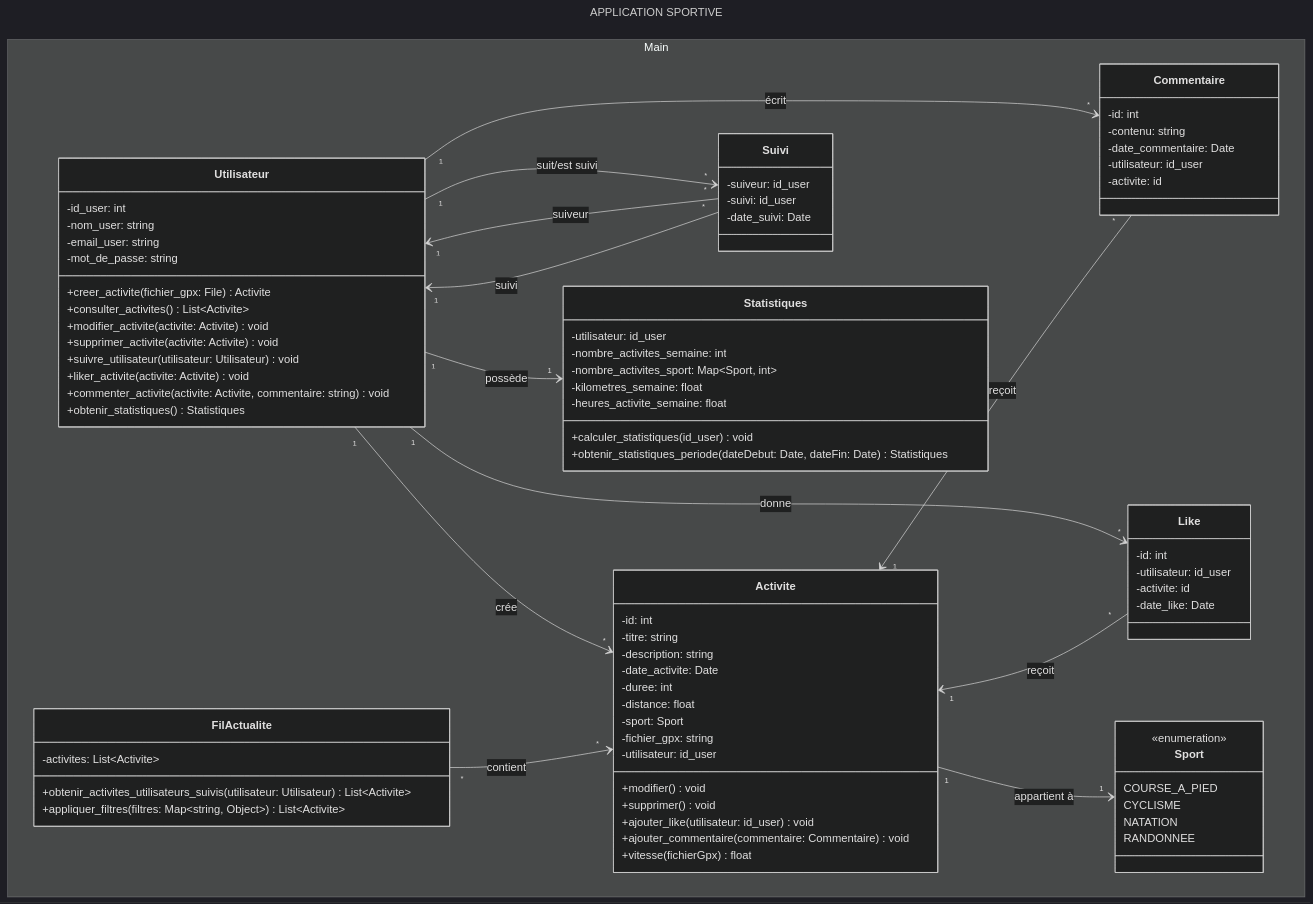
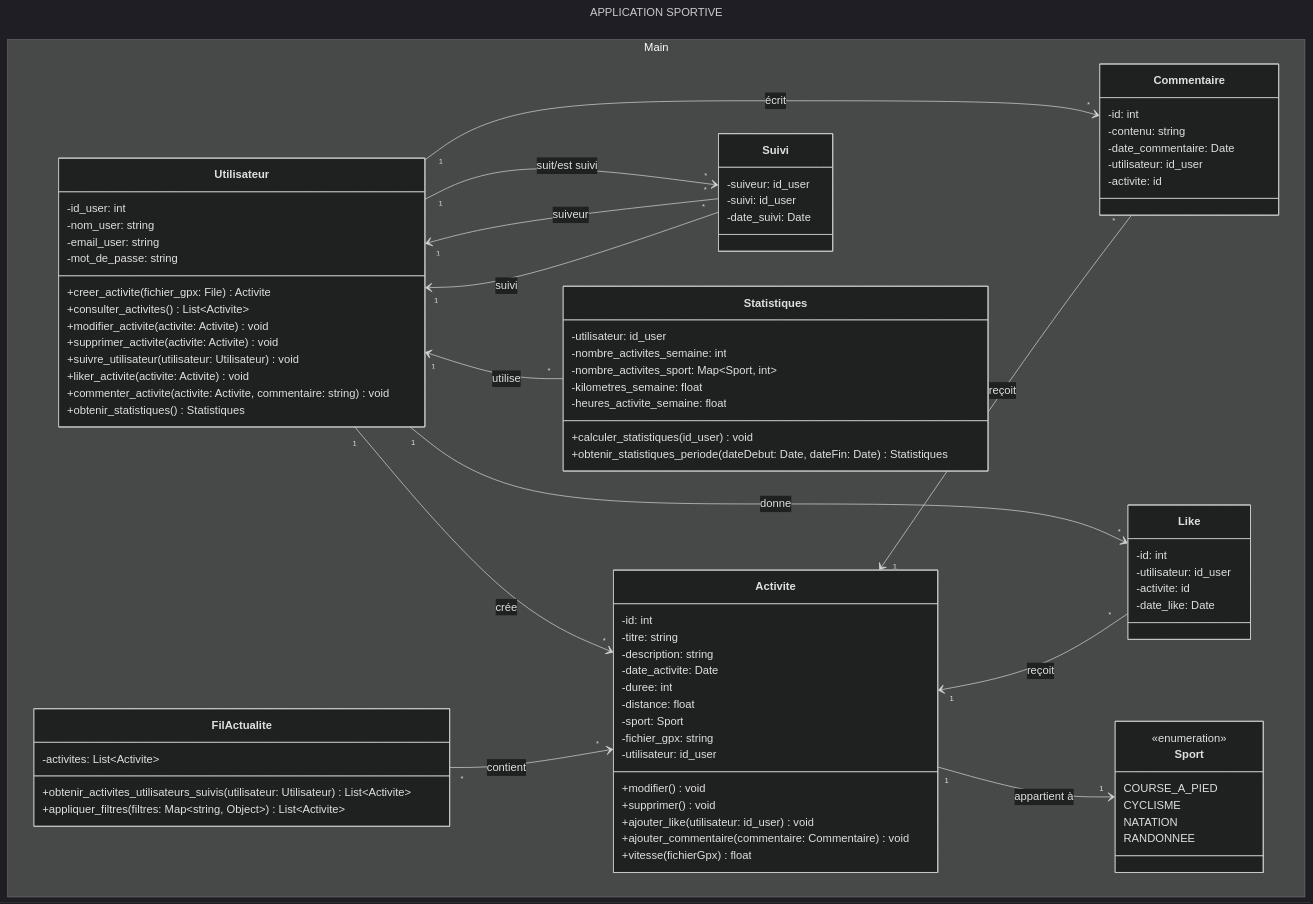
One commit to TeodoraHub/Info-2A-Strava changed the diagram in codeuml.md. Above: the diagram before and after it, drawn with Mermaid (dark theme).

```diff
--- a/codeuml.md
+++ b/codeuml.md
@@ -91,7 +91,7 @@
 Utilisateur "1" --> "*" Commentaire : écrit
 Utilisateur "1" --> "*" Like : donne
 Utilisateur "1" --> "*" Suivi : suit/est suivi
-Utilisateur "1" --> "1" Statistiques : possède
+Utilisateur "1" <-- "*" Statistiques : utilise
 Activite "1" --> "1" Sport : appartient à
 Activite "1" <-- "*" Commentaire : reçoit
 Activite "1" <-- "*" Like : reçoit
```
